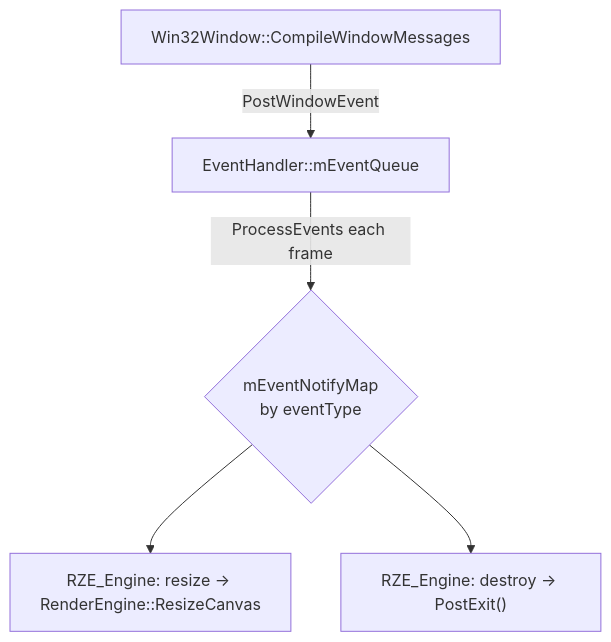
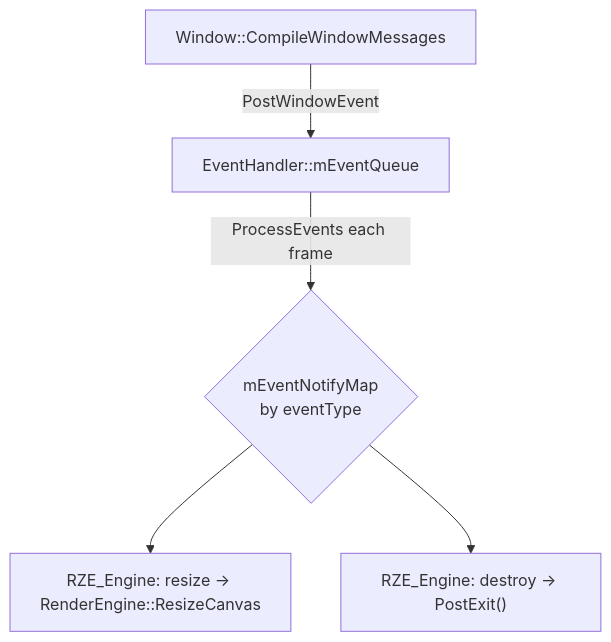
Before and after one commit to b1nary0/RZE: the diagram in Docs/Generated/Engine/06-Platform-And-Infrastructure/Event-System.md, drawn with Mermaid. The commit also changed other lines of this file and 8 other files, not shown here.

````diff
--- a/Docs/Generated/Engine/06-Platform-And-Infrastructure/Event-System.md
+++ b/Docs/Generated/Engine/06-Platform-And-Infrastructure/Event-System.md
@@ -33,8 +33,8 @@
 ```mermaid
 %%{init: {'flowchart': {'subGraphTitleMargin': {'top': 6, 'bottom': 10}}, 'themeCSS': '.labelBkg, .edgeLabel { background-color: var(--background-primary) !important; } .messageText, .labelText, .loopText { paint-order: stroke; stroke: var(--background-primary); stroke-width: 5px; stroke-linejoin: round; }'}}%%
 flowchart TD
-    Win[Win32Window::CompileWindowMessages] -->|PostWindowEvent| Queue[EventHandler::mEventQueue]
+    Win[Window::CompileWindowMessages] -->|PostWindowEvent| Queue[EventHandler::mEventQueue]
     Queue -->|ProcessEvents each frame| Dispatch{mEventNotifyMap<br/>by eventType}
     Dispatch --> H1["RZE_Engine: resize -> RenderEngine::ResizeCanvas"]
     Dispatch --> H2["RZE_Engine: destroy -> PostExit()"]
 ```
````
